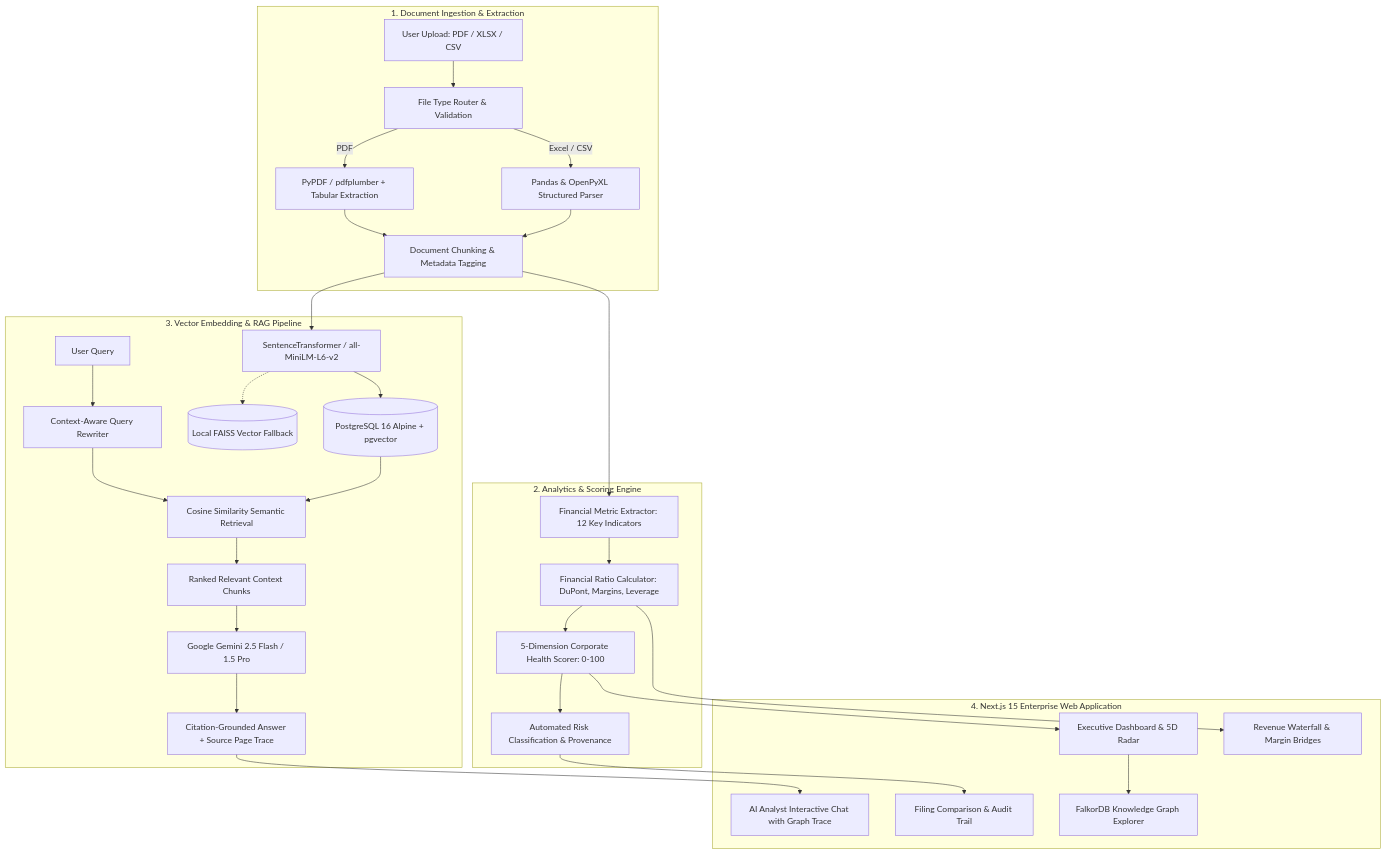
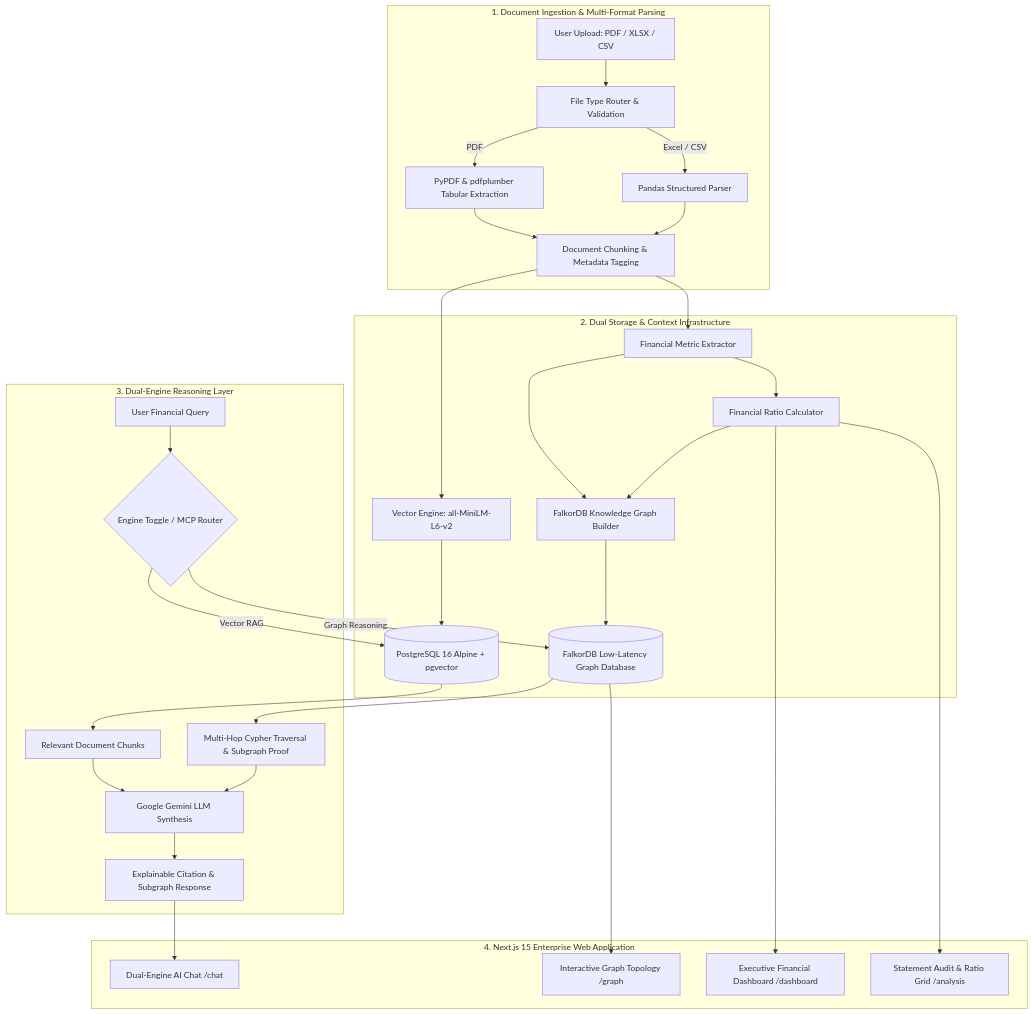
One commit to TejasRawool186/FinDoc- changed the second of 2 diagrams in README.md. Above: the diagram before and after it, drawn with Mermaid. The commit also changed other lines of this file, not shown here.

Commit message:
docs: update README for Graph Hacks submission guidelines and remove emojis

````diff
--- a/README.md
+++ b/README.md
@@ -65,37 +400,36 @@
 ```mermaid
 flowchart TD
-    subgraph Ingestion ["1. Document Ingestion & Extraction"]
+    subgraph Ingestion ["1. Document Ingestion & Multi-Format Parsing"]
         A[User Upload: PDF / XLSX / CSV] --> B[File Type Router & Validation]
-        B -->|PDF| C[PyPDF / pdfplumber + Tabular Extraction]
-        B -->|Excel / CSV| D[Pandas & OpenPyXL Structured Parser]
+        B -->|PDF| C[PyPDF & pdfplumber Tabular Extraction]
+        B -->|Excel / CSV| D[Pandas Structured Parser]
         C --> E[Document Chunking & Metadata Tagging]
         D --> E
     end
 
-    subgraph Analytics ["2. Analytics & Scoring Engine"]
-        E --> F[Financial Metric Extractor: 12 Key Indicators]
-        F --> G[Financial Ratio Calculator: DuPont, Margins, Leverage]
-        G --> H[5-Dimension Corporate Health Scorer: 0-100]
-        H --> I[Automated Risk Classification & Provenance]
+    subgraph DualStore ["2. Dual Storage & Context Infrastructure"]
+        E --> F[Vector Engine: all-MiniLM-L6-v2]
+        F --> G[(PostgreSQL 16 Alpine + pgvector)]
+        E --> H[Financial Metric Extractor]
+        H --> I[Financial Ratio Calculator]
+        H & I --> J[FalkorDB Knowledge Graph Builder]
+        J --> K[(FalkorDB Low-Latency Graph Database)]
     end
 
-    subgraph Retrieval ["3. Vector Embedding & RAG Pipeline"]
-        E --> J[SentenceTransformer / all-MiniLM-L6-v2]
-        J --> K[(PostgreSQL 16 Alpine + pgvector)]
-        J -.-> L[(Local FAISS Vector Fallback)]
-        M[User Query] --> N[Context-Aware Query Rewriter]
-        N --> O[Cosine Similarity Semantic Retrieval]
-        K --> O
-        O --> P[Ranked Relevant Context Chunks]
-        P --> Q[Google Gemini 2.5 Flash / 1.5 Pro]
-        Q --> R[Citation-Grounded Answer + Source Page Trace]
+    subgraph Reasoning ["3. Dual-Engine Reasoning Layer"]
+        L[User Financial Query] --> M{Engine Toggle / MCP Router}
+        M -->|Vector RAG| G
+        M -->|Graph Reasoning| K
+        G --> N[Relevant Document Chunks]
+        K --> O[Multi-Hop Cypher Traversal & Subgraph Proof]
+        N & O --> P[Google Gemini LLM Synthesis]
+        P --> Q[Explainable Citation & Subgraph Response]
     end
 
     subgraph Presentation ["4. Next.js 15 Enterprise Web Application"]
-        H --> S[Executive Dashboard & 5D Radar]
-        G --> T[Revenue Waterfall & Margin Bridges]
-        R --> U[AI Analyst Interactive Chat with Graph Trace]
-        I --> V[Filing Comparison & Audit Trail]
-        S --> W[FalkorDB Knowledge Graph Explorer]
+        Q --> R[Dual-Engine AI Chat /chat]
+        K --> S[Interactive Graph Topology /graph]
+        I --> T[Executive Financial Dashboard /dashboard]
+        I --> U[Statement Audit & Ratio Grid /analysis]
     end
 ```
````
